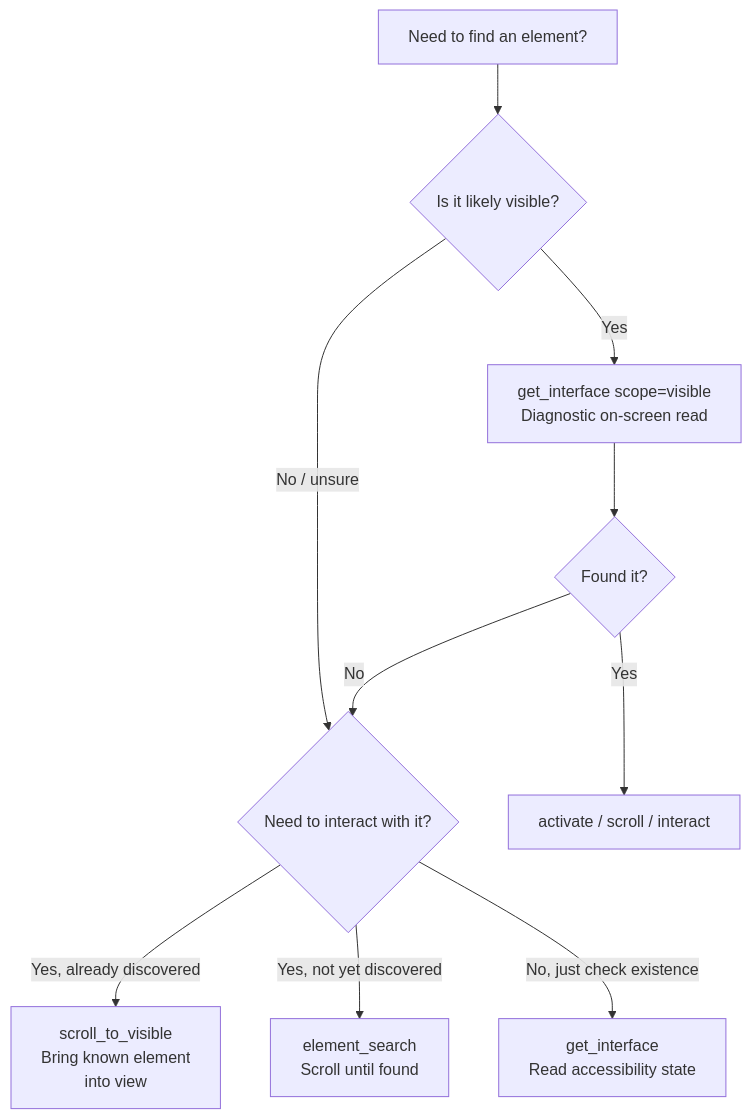
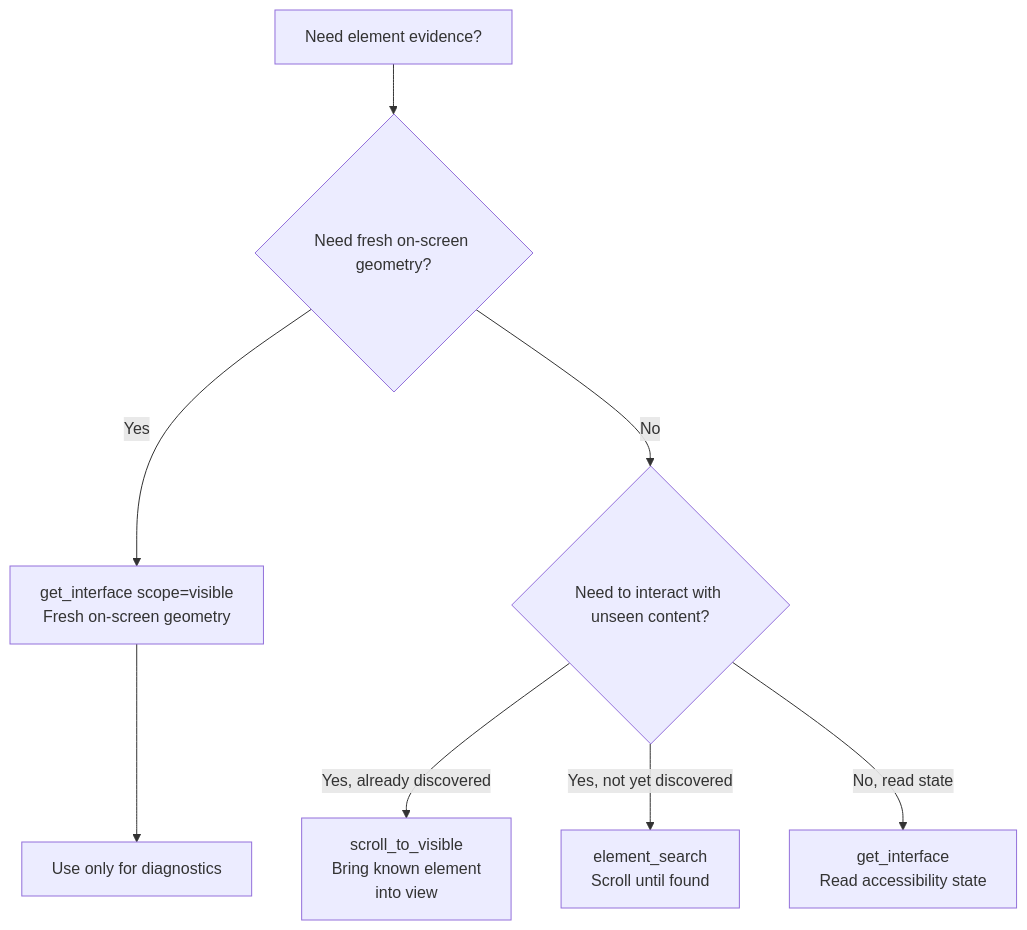
Before and after one commit to RoyalPineapple/TheButtonHeist: the third of 5 diagrams in docs/WIRE-PROTOCOL.md, drawn with Mermaid. The commit also changed other lines of this file and 14 other files, not shown here.

Commit message:
Clarify get_interface full and visible contract

````diff
--- a/docs/WIRE-PROTOCOL.md
+++ b/docs/WIRE-PROTOCOL.md
@@ -915,12 +915,10 @@
 ```mermaid
 flowchart TD
-    A[Need to find an element?] --> B{Is it likely visible?}
-    B -->|Yes| C[get_interface scope=visible<br>Diagnostic on-screen read]
-    B -->|No / unsure| D{Need to interact with it?}
+    A[Need element evidence?] --> B{Need fresh on-screen geometry?}
+    B -->|Yes| C[get_interface scope=visible<br>Fresh on-screen geometry]
+    B -->|No| D{Need to interact with unseen content?}
     D -->|Yes, already discovered| E[scroll_to_visible<br>Bring known element<br>into view]
     D -->|Yes, not yet discovered| I[element_search<br>Scroll until found]
-    D -->|No, just check existence| F[get_interface<br>Read accessibility state]
-    C --> G{Found it?}
-    G -->|Yes| H[activate / scroll / interact]
-    G -->|No| D
+    D -->|No, read state| F[get_interface<br>Read accessibility state]
+    C --> H[Use only for diagnostics]
 ```
````
